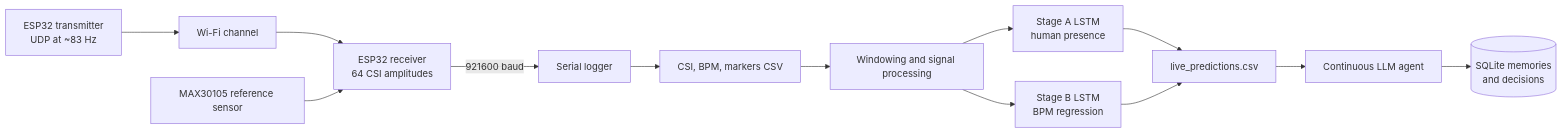
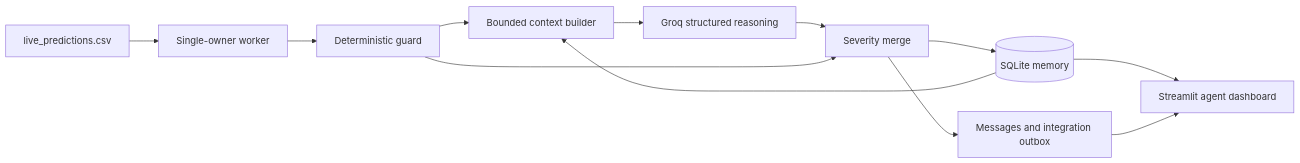
One commit to Jaypatil588/PulseFi changed the diagram in README.md. Above: the diagram before and after it, drawn with Mermaid. The commit also changed other lines of this file and 18 other files, not shown here.

````diff
--- a/README.md
+++ b/README.md
@@ -73,15 +94,14 @@
 ```mermaid
 flowchart LR
-    TX[ESP32 transmitter<br/>UDP at ~83 Hz] --> WIFI[Wi-Fi channel]
-    WIFI --> RX[ESP32 receiver<br/>64 CSI amplitudes]
-    HR[MAX30105 reference sensor] --> RX
-    RX -->|921600 baud| LOG[Serial logger]
-    LOG --> RAW[CSI, BPM, markers CSV]
-    RAW --> PRE[Windowing and signal processing]
-    PRE --> CLF[Stage A LSTM<br/>human presence]
-    PRE --> REG[Stage B LSTM<br/>BPM regression]
-    CLF --> LIVE[live_predictions.csv]
-    REG --> LIVE
-    LIVE --> AGENT[Continuous LLM agent]
-    AGENT --> DB[(SQLite memories<br/>and decisions)]
+    STREAM[live_predictions.csv] --> WORKER[Single-owner worker]
+    WORKER --> GUARD[Deterministic guard]
+    GUARD --> CONTEXT[Bounded context builder]
+    DB[(SQLite memory)] --> CONTEXT
+    CONTEXT --> GROQ[Groq structured reasoning]
+    GROQ --> MERGE[Severity merge]
+    GUARD --> MERGE
+    MERGE --> DB
+    MERGE --> ACTIONS[Messages and integration outbox]
+    DB --> DASH[Streamlit agent dashboard]
+    ACTIONS --> DASH
 ```
````
